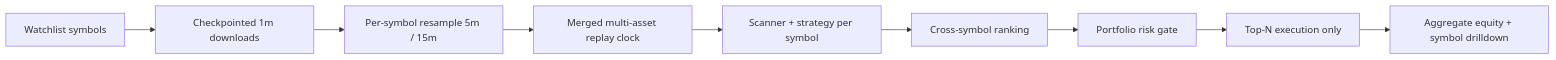
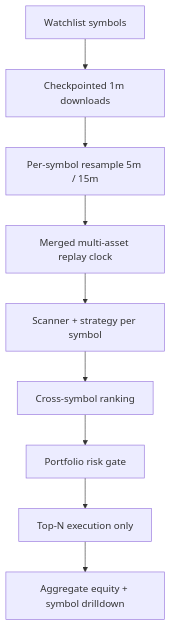
Before and after one commit to nneupane1/SCALPING-SYSTEM: the second of 4 diagrams in README.md, drawn with Mermaid. The commit also changed other lines of this file, not shown here.

Commit message:
Tighten README tables and vertical diagrams

````diff
--- a/README.md
+++ b/README.md
@@ -313,11 +325,11 @@
 ```mermaid
-flowchart LR
+flowchart TB
     A[Watchlist symbols] --> B[Checkpointed 1m downloads]
     B --> C[Per-symbol resample 5m / 15m]
     C --> D[Merged multi-asset replay clock]
     D --> E[Scanner + strategy per symbol]
     E --> F[Cross-symbol ranking]
     F --> G[Portfolio risk gate]
     G --> H[Top-N execution only]
     H --> I[Aggregate equity + symbol drilldown]
 ```
````
